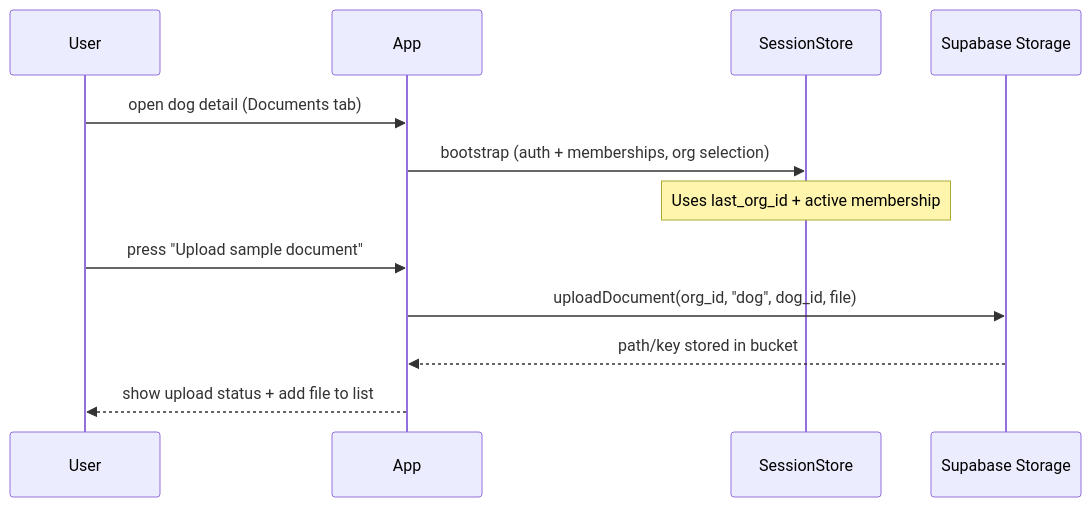
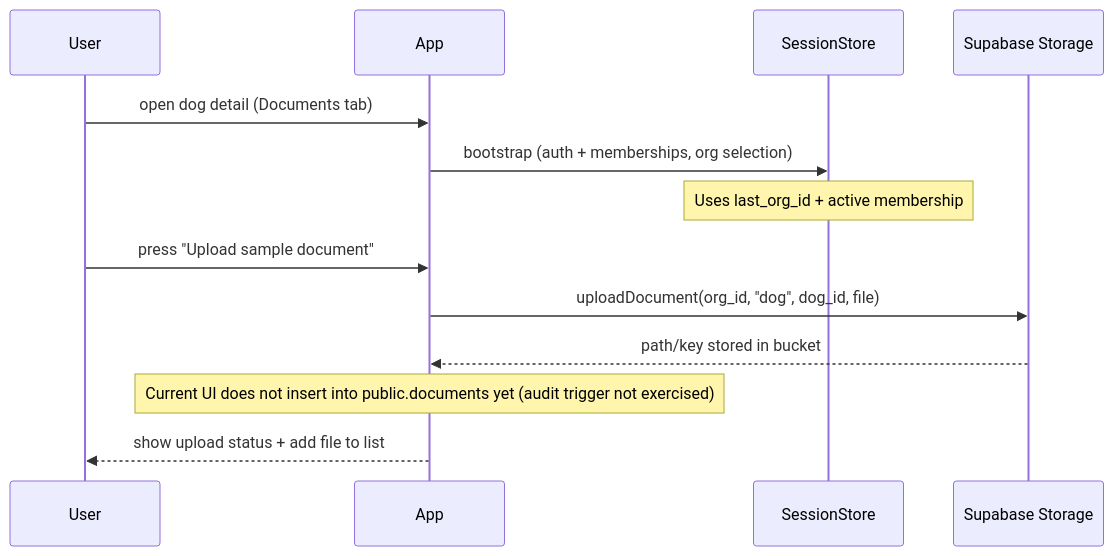
One commit to KRUKMAN/fafiq-app changed the diagram in docs/diagrams/sequences/07_dog_document_upload.mmd. Above: the diagram before and after it, drawn with Mermaid. The commit also changed other lines of this file and 15 other files, not shown here.

```diff
--- a/docs/diagrams/sequences/07_dog_document_upload.mmd
+++ b/docs/diagrams/sequences/07_dog_document_upload.mmd
@@ -1,13 +1,14 @@
 sequenceDiagram
   participant User
   participant App
   participant Session as SessionStore
   participant Storage as Supabase Storage
 
   User->>App: open dog detail (Documents tab)
   App->>Session: bootstrap (auth + memberships, org selection)
   Note over Session: Uses last_org_id + active membership
   User->>App: press "Upload sample document"
   App->>Storage: uploadDocument(org_id, "dog", dog_id, file)
   Storage-->>App: path/key stored in bucket
+  Note over App: Current UI does not insert into public.documents yet (audit trigger not exercised)
   App-->>User: show upload status + add file to list
```
